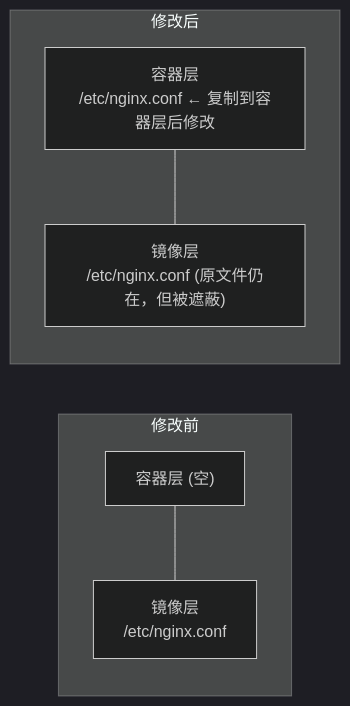
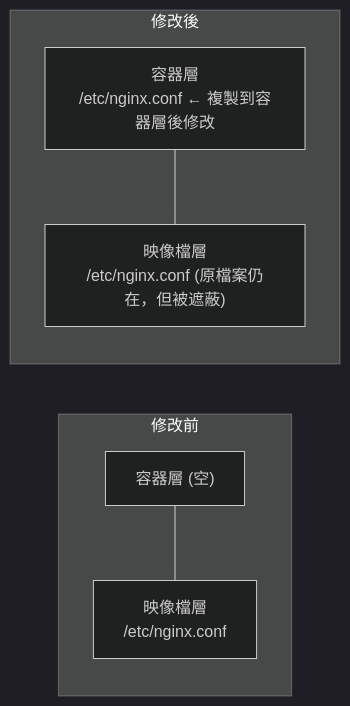
Before and after one commit to alexkuoecity/docker-practice-master-zh-tw: the third of 4 diagrams in 12_implementation/12.4_ufs.md, drawn with Mermaid (dark theme). The commit also changed other lines of this file and 200 other files, not shown here.

````diff
--- a/12_implementation/12.4_ufs.md
+++ b/12_implementation/12.4_ufs.md
@@ -64,16 +64,16 @@
 ```mermaid
 flowchart LR
     subgraph Before ["修改前"]
         direction TB
-        B_C["容器层 (空)"]
-        B_I["镜像层<br/>/etc/nginx.conf"]
+        B_C["容器層 (空)"]
+        B_I["映像檔層<br/>/etc/nginx.conf"]
     end
 
-    subgraph After ["修改后"]
+    subgraph After ["修改後"]
         direction TB
-        A_C["容器层<br/>/etc/nginx.conf ← 复制到容器层后修改"]
-        A_I["镜像层<br/>/etc/nginx.conf (原文件仍在，但被遮蔽)"]
+        A_C["容器層<br/>/etc/nginx.conf ← 複製到容器層後修改"]
+        A_I["映像檔層<br/>/etc/nginx.conf (原檔案仍在，但被遮蔽)"]
     end
     B_C --- B_I
     A_C --- A_I
 ```
````
